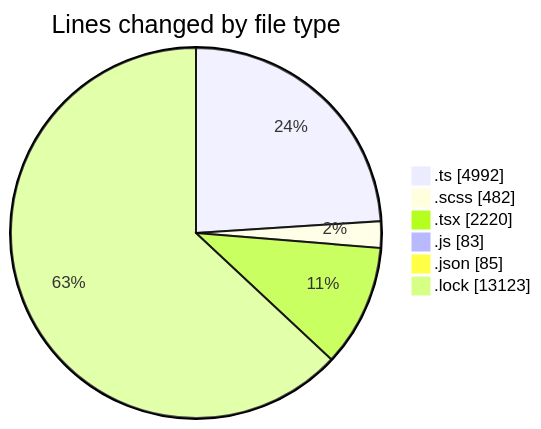
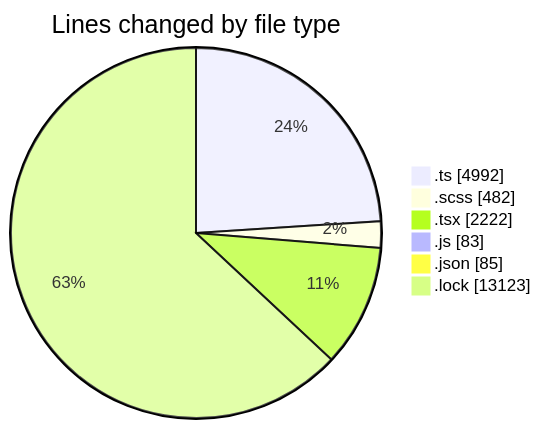
Before and after one commit to momahboobian/code-tracking: the first of 2 diagrams in 2025-09-12/cda/README.md, drawn with Mermaid. The commit also changed other lines of this file and 1 other file, not shown here.

````diff
--- a/2025-09-12/cda/README.md
+++ b/2025-09-12/cda/README.md
@@ -34,10 +34,10 @@
 ```mermaid
 pie showData
 title Lines changed by file type
 ".ts" : 4992
 ".scss" : 482
-".tsx" : 2220
+".tsx" : 2222
 ".js" : 83
 ".json" : 85
 ".lock" : 13123
 ```
````
